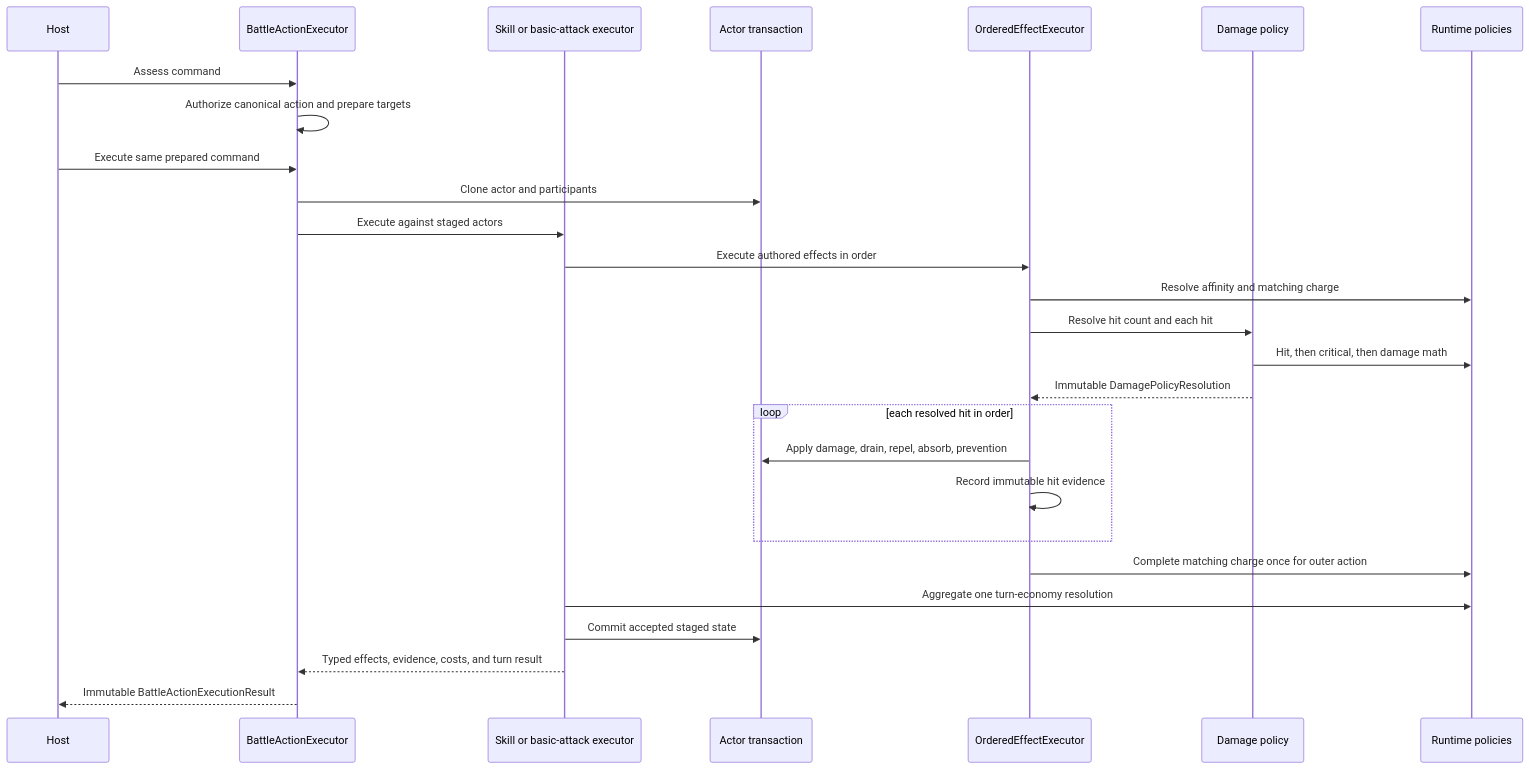
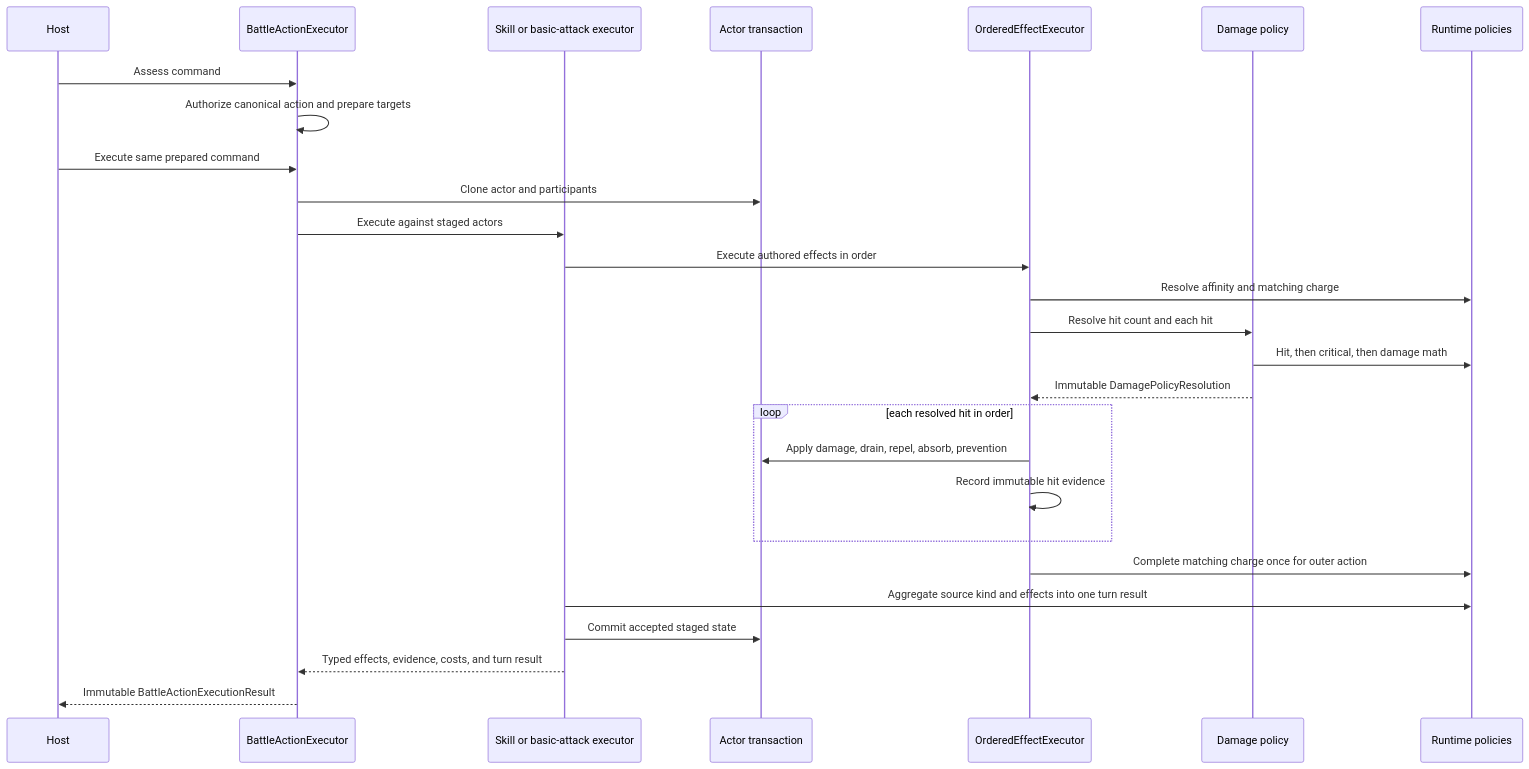
The second of 4 diagrams in docs/technical/combat-resolution-pipeline.md (KayelC/Convergence), drawn with Mermaid before and after one commit. The commit also changed other lines of this file and 19 other files, not shown here.

````diff
--- a/docs/technical/combat-resolution-pipeline.md
+++ b/docs/technical/combat-resolution-pipeline.md
@@ -43,30 +43,30 @@
 ```mermaid
 sequenceDiagram
     participant H as Host
     participant A as BattleActionExecutor
     participant S as Skill or basic-attack executor
     participant T as Actor transaction
     participant O as OrderedEffectExecutor
     participant D as Damage policy
     participant P as Runtime policies
 
     H->>A: Assess command
     A->>A: Authorize canonical action and prepare targets
     H->>A: Execute same prepared command
     A->>T: Clone actor and participants
     A->>S: Execute against staged actors
     S->>O: Execute authored effects in order
     O->>P: Resolve affinity and matching charge
     O->>D: Resolve hit count and each hit
     D->>P: Hit, then critical, then damage math
     D-->>O: Immutable DamagePolicyResolution
     loop each resolved hit in order
         O->>T: Apply damage, drain, repel, absorb, prevention
         O->>O: Record immutable hit evidence
     end
     O->>P: Complete matching charge once for outer action
-    S->>P: Aggregate one turn-economy resolution
+    S->>P: Aggregate source kind and effects into one turn result
     S->>T: Commit accepted staged state
     S-->>A: Typed effects, evidence, costs, and turn result
     A-->>H: Immutable BattleActionExecutionResult
 ```
````
